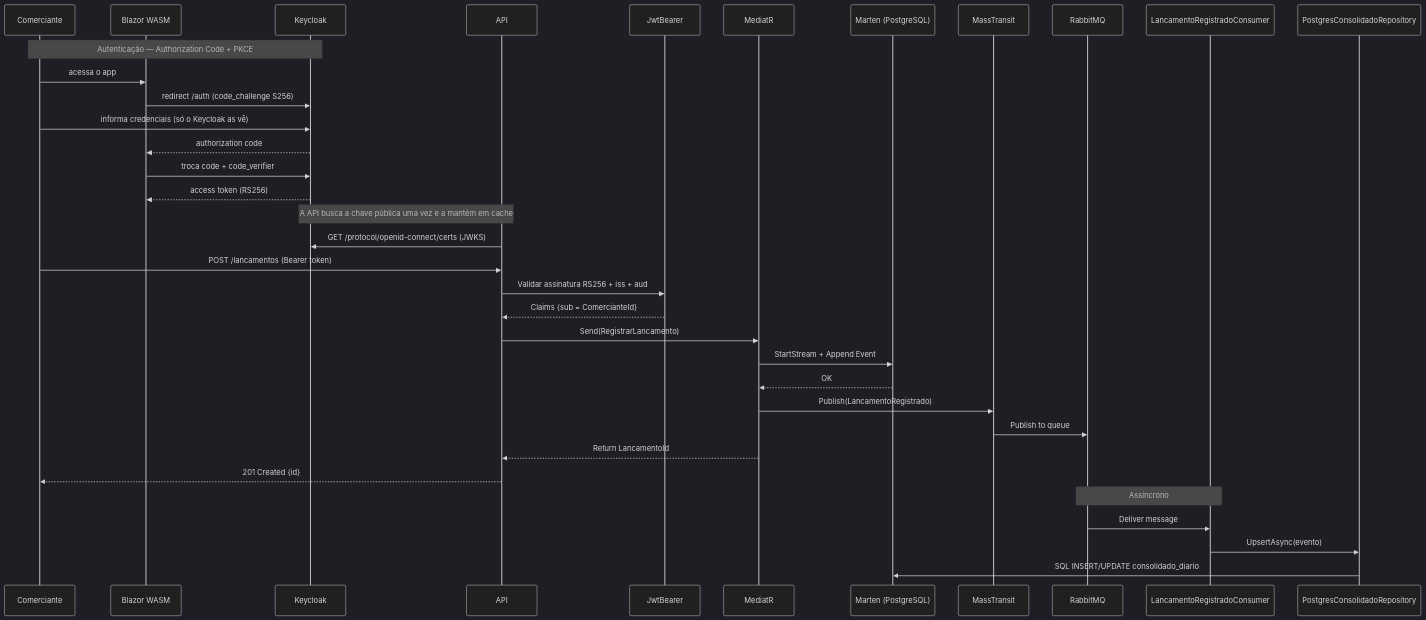
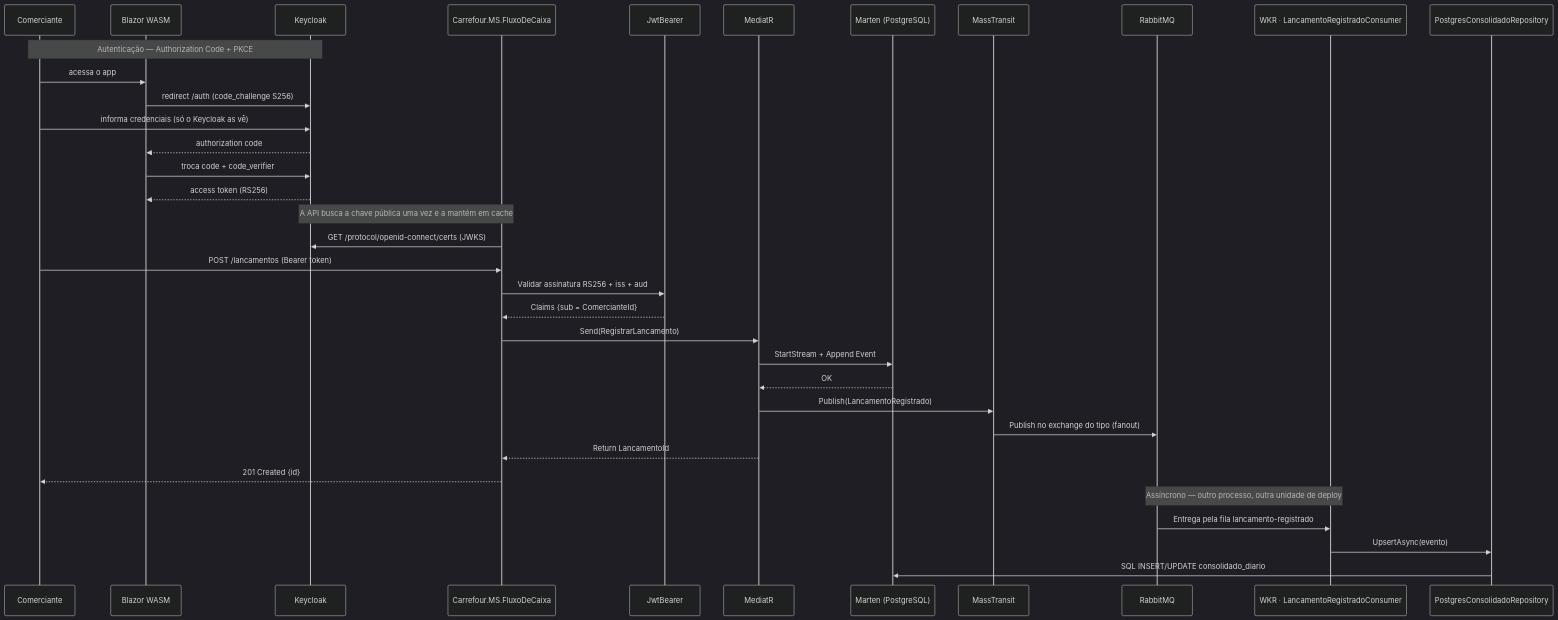
The fourth of 5 diagrams in ARCHITECTURE.md (cassio4ntunes-sudo/desafio_arquitetura_solucoes), drawn with Mermaid (dark theme) before and after one commit. The commit also changed other lines of this file and 139 other files, not shown here.

````diff
--- a/ARCHITECTURE.md
+++ b/ARCHITECTURE.md
@@ -108,41 +143,41 @@
 ```mermaid
 sequenceDiagram
     participant C as Comerciante
     participant Web as Blazor WASM
     participant KC as Keycloak
-    participant API as API
+    participant API as Carrefour.MS.FluxoDeCaixa
     participant JWT as JwtBearer
     participant MediatR
     participant Marten as Marten (PostgreSQL)
     participant MT as MassTransit
     participant RMQ as RabbitMQ
-    participant Consumer as LancamentoRegistradoConsumer
+    participant Consumer as WKR · LancamentoRegistradoConsumer
     participant Repo as PostgresConsolidadoRepository
 
     Note over C,KC: Autenticação — Authorization Code + PKCE
     C->>Web: acessa o app
     Web->>KC: redirect /auth (code_challenge S256)
     C->>KC: informa credenciais (só o Keycloak as vê)
     KC-->>Web: authorization code
     Web->>KC: troca code + code_verifier
     KC-->>Web: access token (RS256)
 
     Note over API,KC: A API busca a chave pública uma vez e a mantém em cache
     API->>KC: GET /protocol/openid-connect/certs (JWKS)
 
     C->>API: POST /lancamentos (Bearer token)
     API->>JWT: Validar assinatura RS256 + iss + aud
     JWT-->>API: Claims {sub = ComercianteId}
     API->>MediatR: Send(RegistrarLancamento)
     MediatR->>Marten: StartStream + Append Event
     Marten-->>MediatR: OK
     MediatR->>MT: Publish(LancamentoRegistrado)
-    MT->>RMQ: Publish to queue
+    MT->>RMQ: Publish no exchange do tipo (fanout)
     MediatR-->>API: Return LancamentoId
     API-->>C: 201 Created {id}
 
-    Note over RMQ,Consumer: Assíncrono
-    RMQ->>Consumer: Deliver message
+    Note over RMQ,Consumer: Assíncrono — outro processo, outra unidade de deploy
+    RMQ->>Consumer: Entrega pela fila lancamento-registrado
     Consumer->>Repo: UpsertAsync(evento)
     Repo->>Marten: SQL INSERT/UPDATE consolidado_diario
 ```
````
